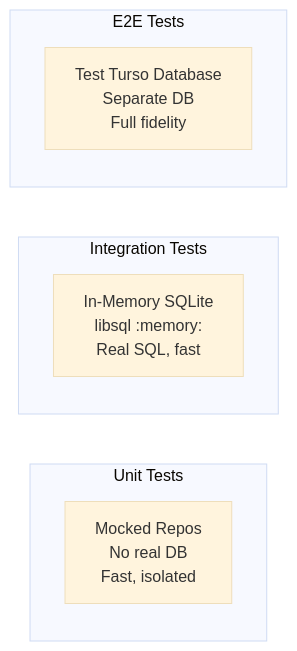
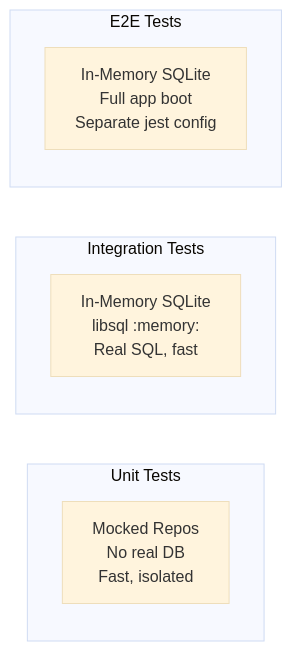
Before and after one commit to spencerjireh/portfolio-cms-express-backend-with-mcp-server: diagram 14 of 14 in docs-site/architecture/low-level-design.md, drawn with Mermaid (base theme). The commit also changed other lines of this file and 9 other files, not shown here.

````diff
--- a/docs-site/architecture/low-level-design.md
+++ b/docs-site/architecture/low-level-design.md
@@ -726,14 +728,14 @@
 ```mermaid
 flowchart LR
     subgraph Unit["Unit Tests"]
         MockedRepos["Mocked Repos<br/>No real DB<br/>Fast, isolated"]
     end
 
     subgraph Integration["Integration Tests"]
         InMemory["In-Memory SQLite<br/>libsql :memory:<br/>Real SQL, fast"]
     end
 
     subgraph E2E["E2E Tests"]
-        TestDB["Test Turso Database<br/>Separate DB<br/>Full fidelity"]
+        TestDB["In-Memory SQLite<br/>Full app boot<br/>Separate jest config"]
     end
 ```
````
